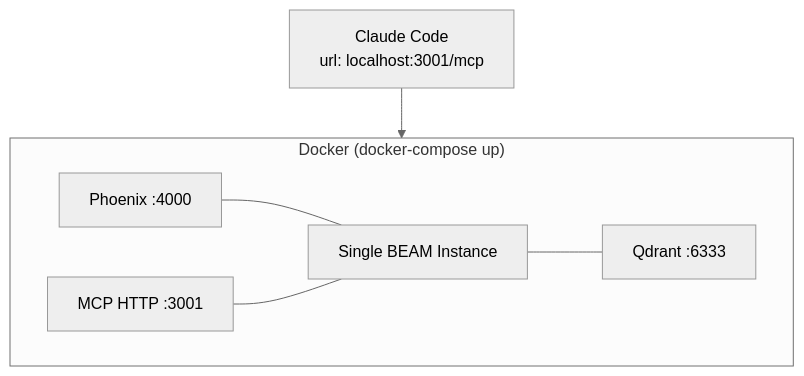
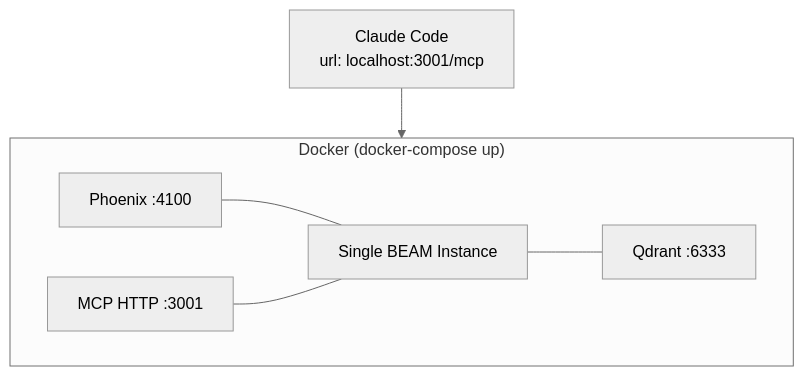
One commit to iksnerd/code-nexus changed the third of 4 diagrams in README.md. Above: the diagram before and after it, drawn with Mermaid (neutral theme). The commit also changed other lines of this file and 8 other files, not shown here.

````diff
--- a/README.md
+++ b/README.md
@@ -142,12 +142,12 @@
 ```mermaid
 graph TB
     subgraph Docker["Docker (docker-compose up)"]
         direction LR
-        PHX_D["Phoenix :4000"]
+        PHX_D["Phoenix :4100"]
         MCP_D["MCP HTTP :3001"]
         PHX_D & MCP_D --- BEAM_D["Single BEAM Instance"]
         BEAM_D --- QD_D["Qdrant :6333"]
     end
 
     CC_D["Claude Code<br/>url: localhost:3001/mcp"] --> MCP_D
 ```
````
